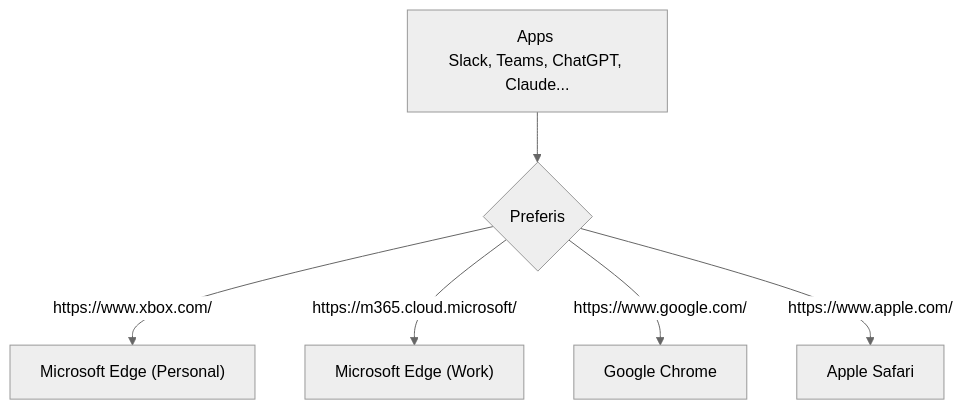
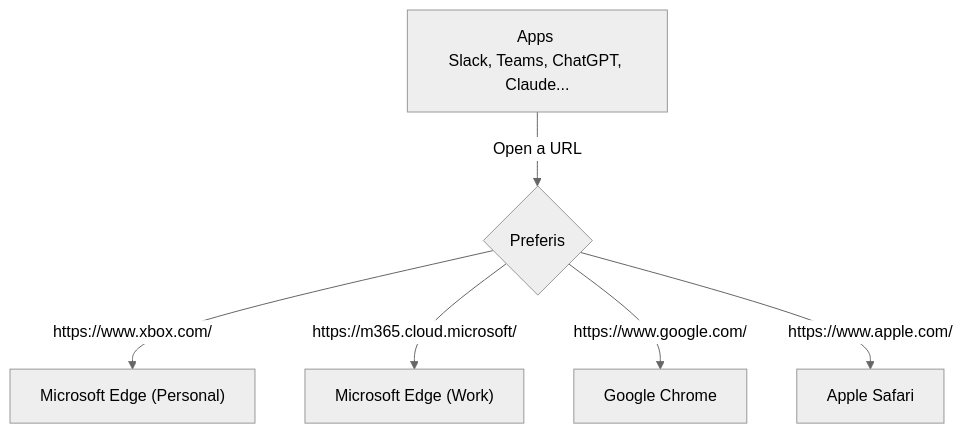
One commit to Cysharp/Preferis changed the diagram in site/docs/index.md. Above: the diagram before and after it, drawn with Mermaid (neutral theme). The commit also changed 3 other files, not shown here.

````diff
--- a/site/docs/index.md
+++ b/site/docs/index.md
@@ -14,9 +14,9 @@
 ```mermaid
 flowchart TD
     A["Apps \nSlack, Teams, ChatGPT, Claude..."]
-    A --> P{Preferis}
+    A -->|Open a URL| P{Preferis}
     P -->|https://www.xbox.com/| EdgeP["Microsoft Edge (Personal)"]
     P -->|https://m365.cloud.microsoft/| EdgeW["Microsoft Edge (Work)"]
     P -->|https://www.google.com/| Chrome[Google Chrome]
     P -->|https://www.apple.com/| Safari[Apple Safari]
 ```
````
